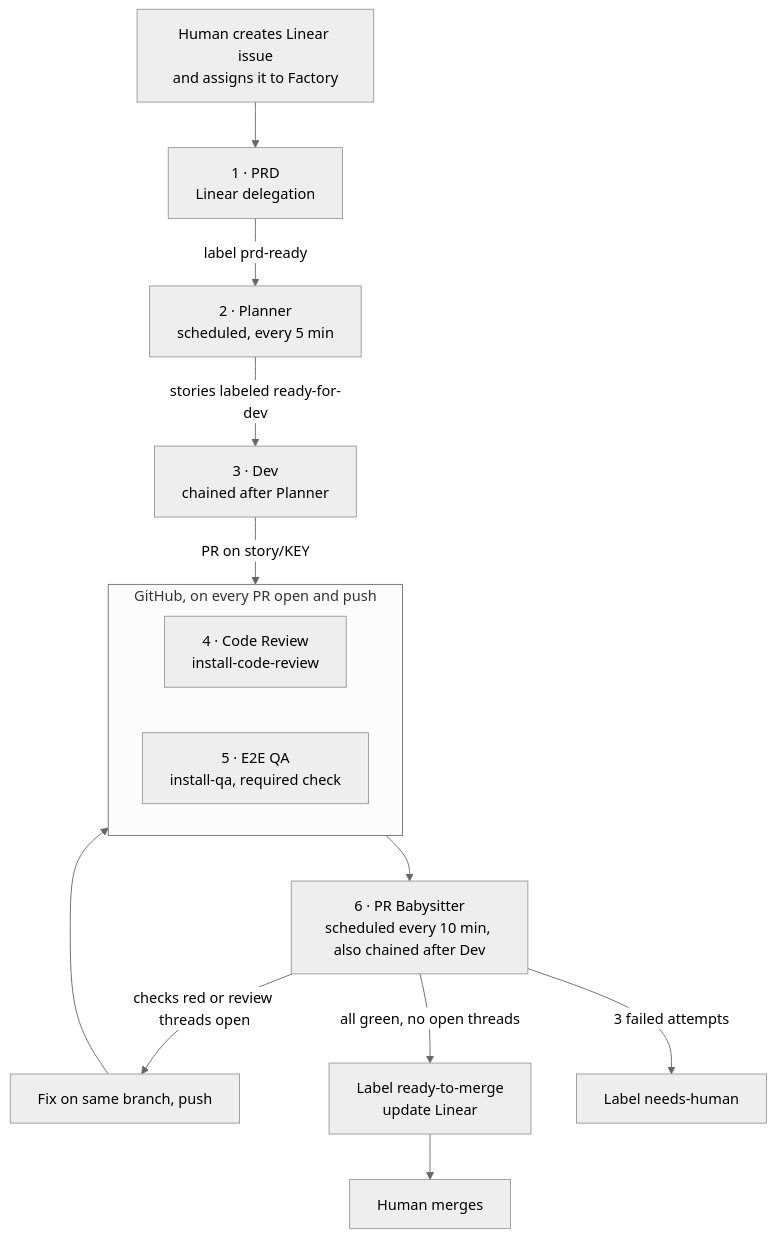
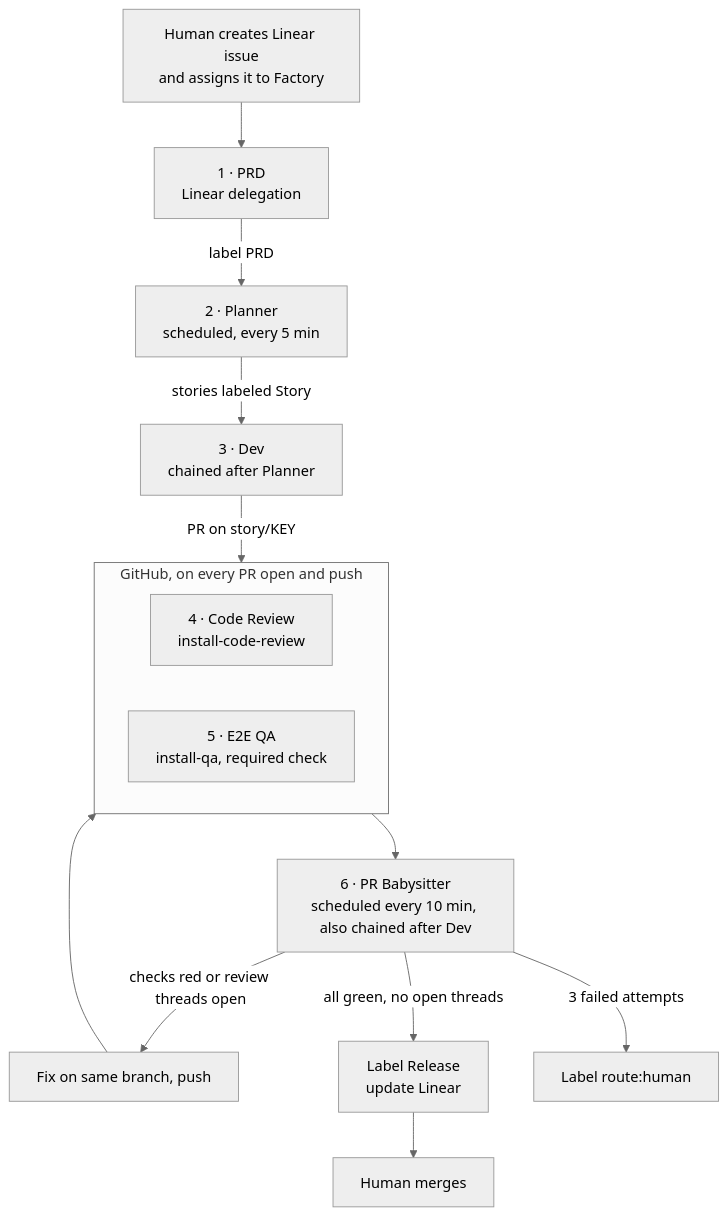
Before and after one commit to factory-saif/cbre-prd-to-pr-demo: the diagram in docs/pipeline.md, drawn with Mermaid (neutral theme). The commit also changed other lines of this file and 5 other files, not shown here.

````diff
--- a/docs/pipeline.md
+++ b/docs/pipeline.md
@@ -7,17 +7,17 @@
 ```mermaid
 flowchart TD
     H[Human creates Linear issue<br/>and assigns it to Factory] --> P1
-    P1["1 · PRD<br/>Linear delegation"] -->|label prd-ready| P2
-    P2["2 · Planner<br/>scheduled, every 5 min"] -->|stories labeled ready-for-dev| P3
+    P1["1 · PRD<br/>Linear delegation"] -->|label PRD| P2
+    P2["2 · Planner<br/>scheduled, every 5 min"] -->|stories labeled Story| P3
     P3["3 · Dev<br/>chained after Planner"] -->|PR on story/KEY| GH
     subgraph GH [GitHub, on every PR open and push]
         CR["4 · Code Review<br/>install-code-review"]
         QA["5 · E2E QA<br/>install-qa, required check"]
     end
     GH --> B["6 · PR Babysitter<br/>scheduled every 10 min, also chained after Dev"]
     B -->|checks red or review threads open| F[Fix on same branch, push]
     F --> GH
-    B -->|all green, no open threads| R[Label ready-to-merge<br/>update Linear]
-    B -->|3 failed attempts| N[Label needs-human]
+    B -->|all green, no open threads| R[Label Release<br/>update Linear]
+    B -->|3 failed attempts| N[Label route:human]
     R --> M[Human merges]
 ```
````
